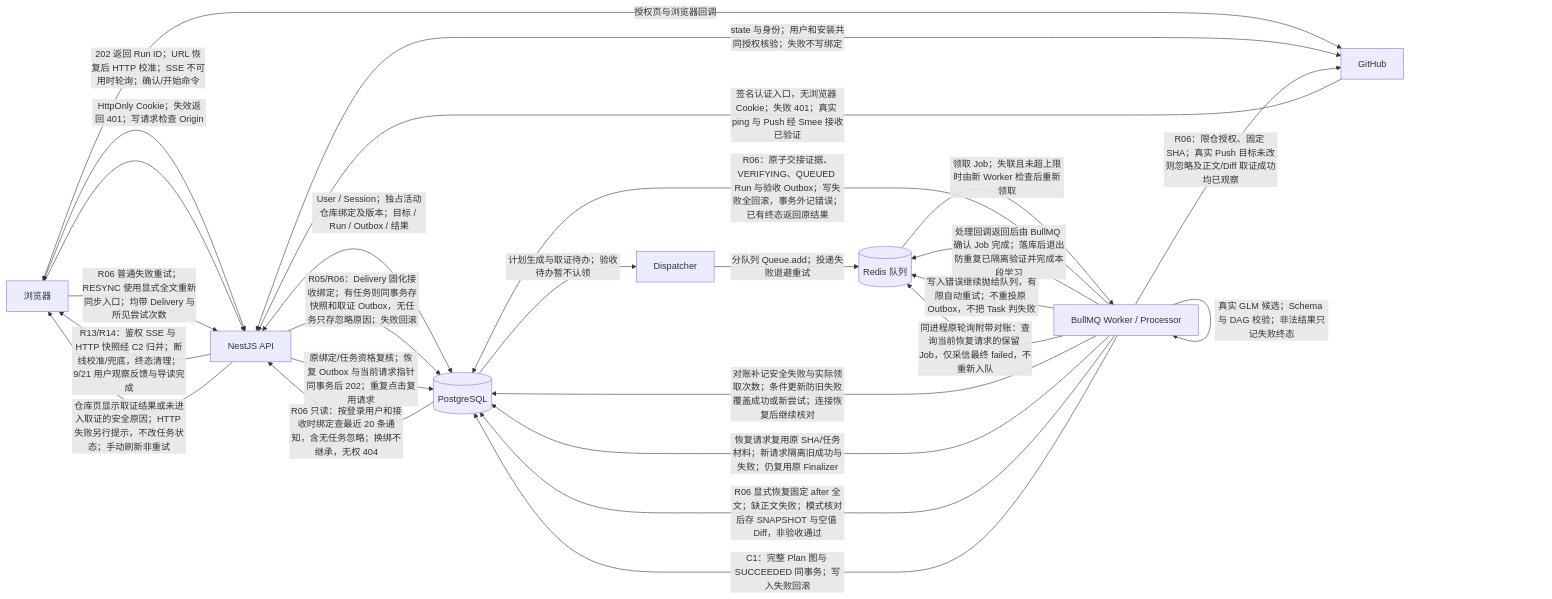
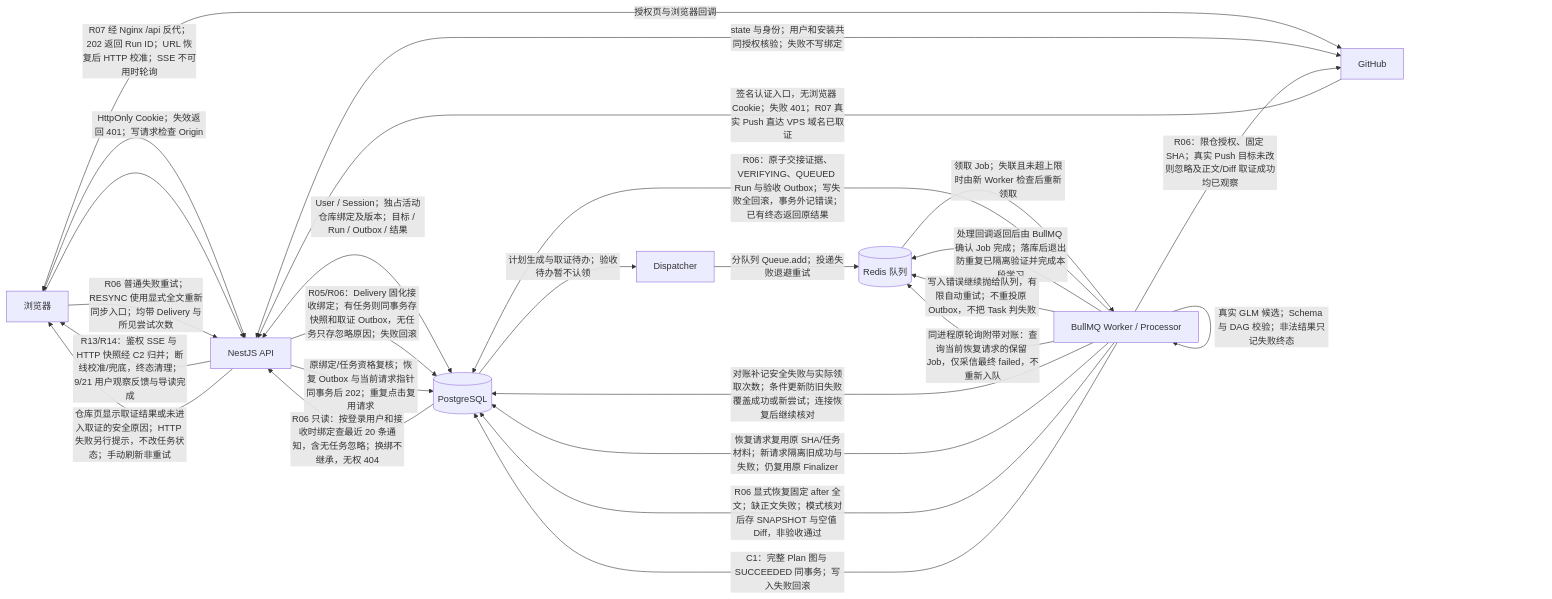
Before and after one commit to Gerden31145/KnowledgeOps-Agent: the diagram in docs/KnowledgeOps-Agent-逐日开发计划.md, drawn with Mermaid. The commit also changed other lines of this file and 6 other files, not shown here.

````diff
--- a/docs/KnowledgeOps-Agent-逐日开发计划.md
+++ b/docs/KnowledgeOps-Agent-逐日开发计划.md
@@ -159,28 +159,28 @@
 ```mermaid
 flowchart LR
-    Web[浏览器] <-->|202 返回 Run ID；URL 恢复后 HTTP 校准；SSE 不可用时轮询；确认/开始命令| API[NestJS API]
+    Web[浏览器] <-->|R07 经 Nginx /api 反代；202 返回 Run ID；URL 恢复后 HTTP 校准；SSE 不可用时轮询| API[NestJS API]
     API -->|R13/R14：鉴权 SSE 与 HTTP 快照经 C2 归并；断线校准/兜底，终态清理；9/21 用户观察反馈与导读完成| Web
     API <-->|User / Session；独占活动仓库绑定及版本；目标 / Run / Outbox / 结果| DB[(PostgreSQL)]
     Web <-->|授权页与浏览器回调| GitHub[GitHub]
     API <-->|state 与身份；用户和安装共同授权核验；失败不写绑定| GitHub
     Web -->|HttpOnly Cookie；失效返回 401；写请求检查 Origin| API
-    GitHub -->|签名认证入口，无浏览器 Cookie；失败 401；真实 ping 与 Push 经 Smee 接收已验证| API
+    GitHub -->|签名认证入口，无浏览器 Cookie；失败 401；R07 真实 Push 直达 VPS 域名已取证| API
     API -->|R05/R06：Delivery 固化接收绑定；有任务则同事务存快照和取证 Outbox，无任务只存忽略原因；失败回滚| DB
     DB -->|计划生成与取证待办；验收待办暂不认领| Dispatcher[Dispatcher]
     Dispatcher -->|分队列 Queue.add；投递失败退避重试| Redis[(Redis 队列)]
     Redis -->|领取 Job；失联且未超上限时由新 Worker 检查后重新领取| Worker[BullMQ Worker / Processor]
     Worker -->|R06：限仓授权、固定 SHA；真实 Push 目标未改则忽略及正文/Diff 取证成功均已观察| GitHub
     Worker -->|R06：原子交接证据、VERIFYING、QUEUED Run 与验收 Outbox；写失败全回滚，事务外记错误；已有终态返回原结果| DB
     Worker -->|处理回调返回后由 BullMQ 确认 Job 完成；落库后退出防重复已隔离验证并完成本段学习| Redis
     Worker -->|写入错误继续抛给队列，有限自动重试；不重投原 Outbox，不把 Task 判失败| Redis
     Worker -->|同进程原轮询附带对账：查询当前恢复请求的保留 Job，仅采信最终 failed，不重新入队| Redis
     Worker -->|对账补记安全失败与实际领取次数；条件更新防旧失败覆盖成功或新尝试；连接恢复后继续核对| DB
     DB -->|R06 只读：按登录用户和接收时绑定查最近 20 条通知，含无任务忽略；换绑不继承，无权 404| API
     API -->|仓库页显示取证结果或未进入取证的安全原因；HTTP 失败另行提示，不改任务状态；手动刷新非重试| Web
     Web -->|R06 普通失败重试；RESYNC 使用显式全文重新同步入口；均带 Delivery 与所见尝试次数| API
     API -->|原绑定/任务资格复核；恢复 Outbox 与当前请求指针同事务后 202；重复点击复用请求| DB
     Worker -->|恢复请求复用原 SHA/任务材料；新请求隔离旧成功与失败；仍复用原 Finalizer| DB
     Worker -->|R06 显式恢复固定 after 全文；缺正文失败；模式核对后存 SNAPSHOT 与空值 Diff，非验收通过| DB
     Worker -->|真实 GLM 候选；Schema 与 DAG 校验；非法结果只记失败终态| Worker
     Worker -->|C1：完整 Plan 图与 SUCCEEDED 同事务；写入失败回滚| DB
 ```
````
